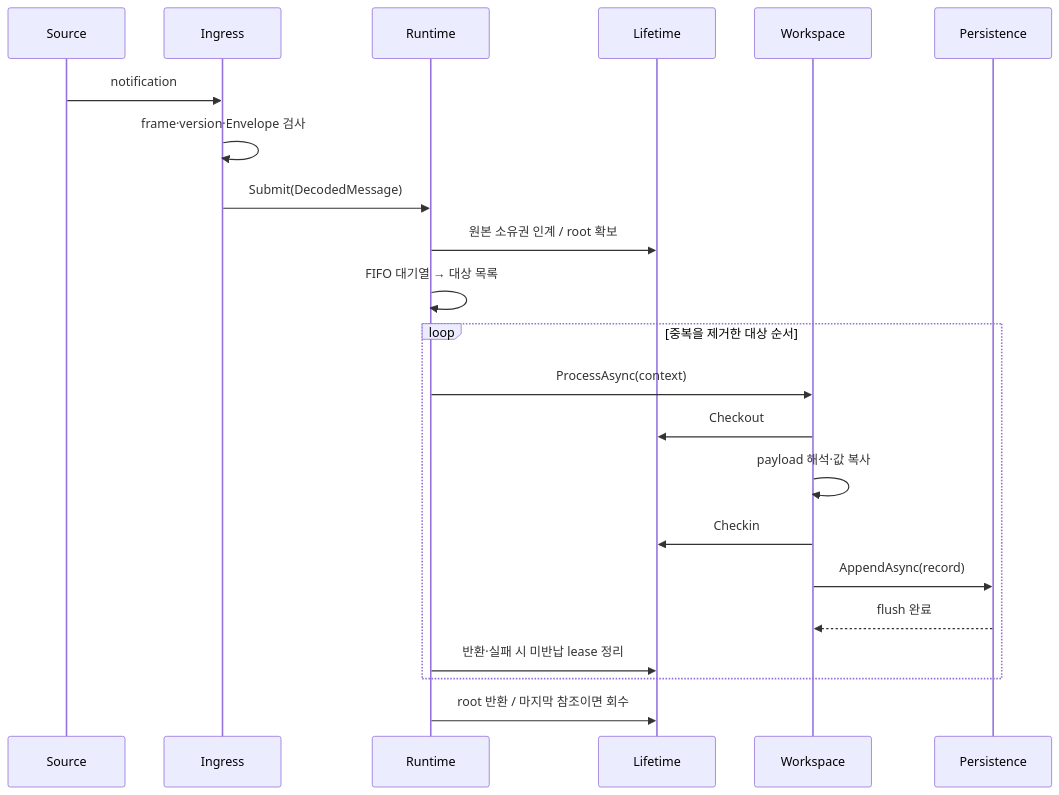
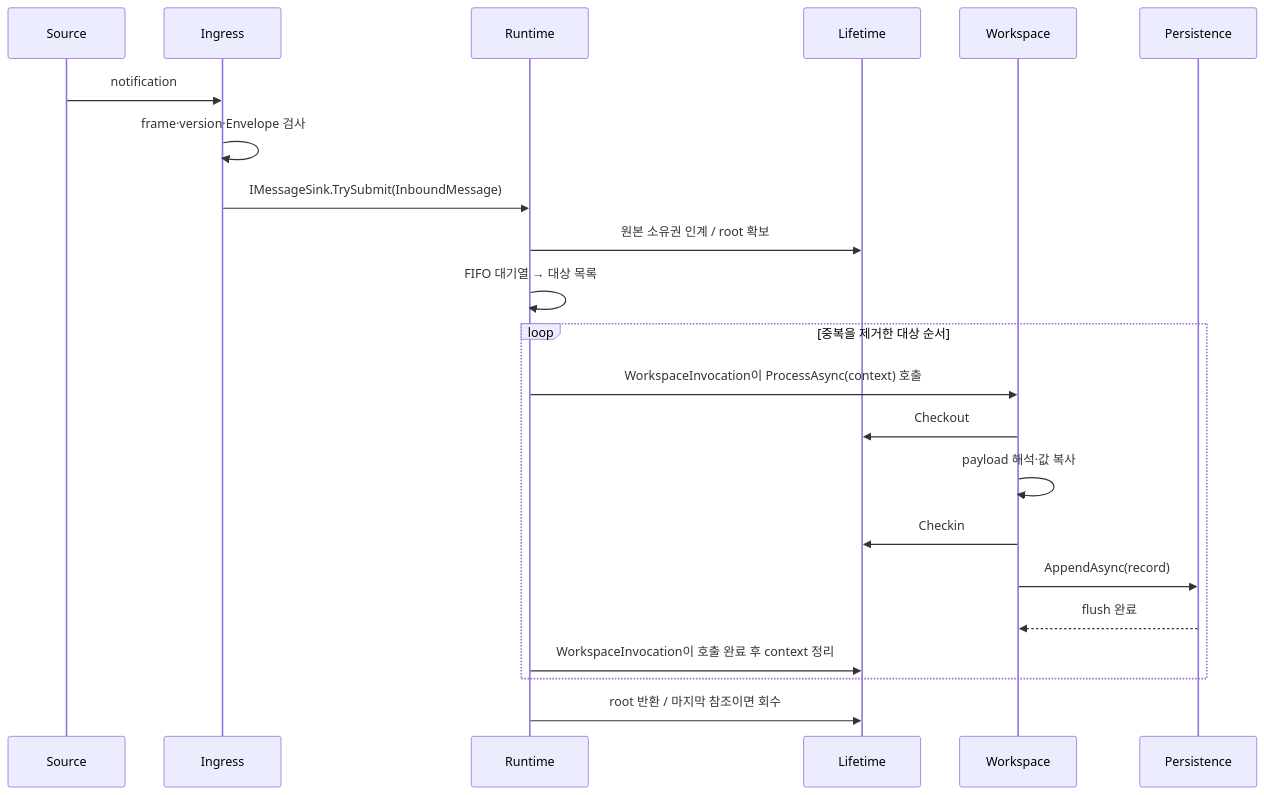
Before and after one commit to south-hive/project-dsn: the third of 5 diagrams in docs/04-top-level-design.md, drawn with Mermaid. The commit also changed other lines of this file and 73 other files, not shown here.

````diff
--- a/docs/04-top-level-design.md
+++ b/docs/04-top-level-design.md
@@ -27,24 +49,24 @@
 ```mermaid
 sequenceDiagram
     participant S as Source
     participant I as Ingress
     participant R as Runtime
     participant L as Lifetime
     participant W as Workspace
     participant P as Persistence
     S->>I: notification
     I->>I: frame·version·Envelope 검사
-    I->>R: Submit(DecodedMessage)
+    I->>R: IMessageSink.TrySubmit(InboundMessage)
     R->>L: 원본 소유권 인계 / root 확보
     R->>R: FIFO 대기열 → 대상 목록
     loop 중복을 제거한 대상 순서
-        R->>W: ProcessAsync(context)
+        R->>W: WorkspaceInvocation이 ProcessAsync(context) 호출
         W->>L: Checkout
         W->>W: payload 해석·값 복사
         W->>L: Checkin
         W->>P: AppendAsync(record)
         P-->>W: flush 완료
-        R->>L: 반환·실패 시 미반납 lease 정리
+        R->>L: WorkspaceInvocation이 호출 완료 후 context 정리
     end
     R->>L: root 반환 / 마지막 참조이면 회수
 ```
````
